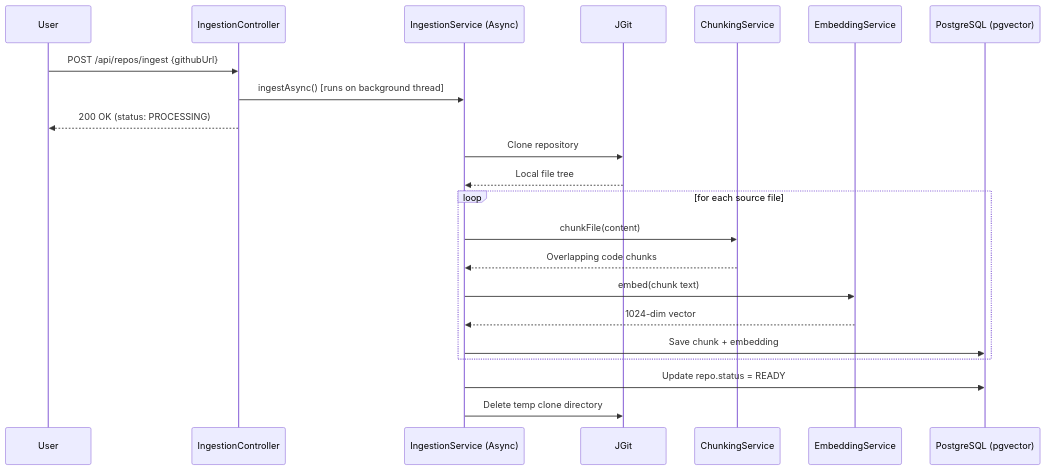
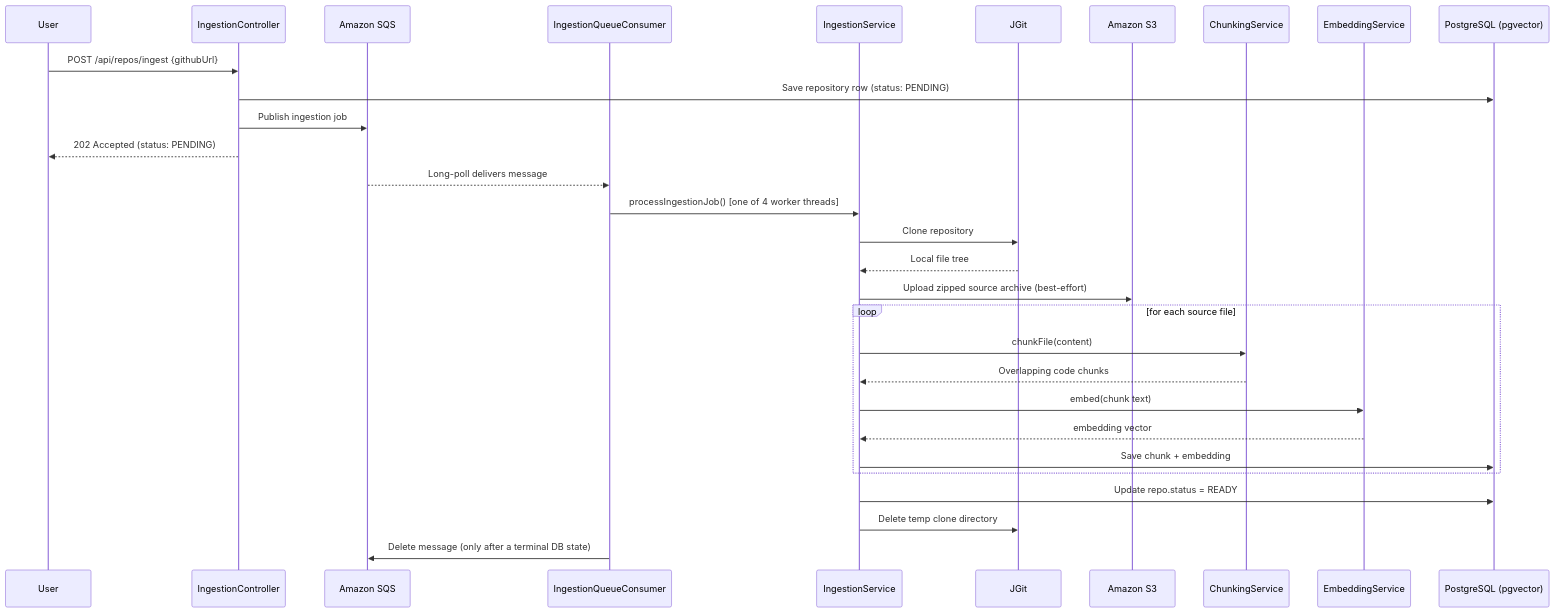
One commit to 2601Gautam/RepoMind changed the second of 3 diagrams in README.md. Above: the diagram before and after it, drawn with Mermaid. The commit also changed other lines of this file, not shown here.

````diff
--- a/README.md
+++ b/README.md
@@ -123,25 +140,33 @@
 ```mermaid
 sequenceDiagram
     participant User
     participant API as IngestionController
-    participant Svc as IngestionService (Async)
+    participant SQS as Amazon SQS
+    participant Consumer as IngestionQueueConsumer
+    participant Svc as IngestionService
     participant Git as JGit
+    participant S3 as Amazon S3
     participant Chunker as ChunkingService
     participant Embed as EmbeddingService
     participant DB as PostgreSQL (pgvector)
 
     User->>API: POST /api/repos/ingest {githubUrl}
-    API->>Svc: ingestAsync() [runs on background thread]
-    API-->>User: 200 OK (status: PROCESSING)
+    API->>DB: Save repository row (status: PENDING)
+    API->>SQS: Publish ingestion job
+    API-->>User: 202 Accepted (status: PENDING)
+    SQS-->>Consumer: Long-poll delivers message
+    Consumer->>Svc: processIngestionJob() [one of 4 worker threads]
     Svc->>Git: Clone repository
     Git-->>Svc: Local file tree
+    Svc->>S3: Upload zipped source archive (best-effort)
     loop for each source file
         Svc->>Chunker: chunkFile(content)
         Chunker-->>Svc: Overlapping code chunks
         Svc->>Embed: embed(chunk text)
-        Embed-->>Svc: 1024-dim vector
+        Embed-->>Svc: embedding vector
         Svc->>DB: Save chunk + embedding
     end
     Svc->>DB: Update repo.status = READY
     Svc->>Git: Delete temp clone directory
+    Consumer->>SQS: Delete message (only after a terminal DB state)
 ```
````
